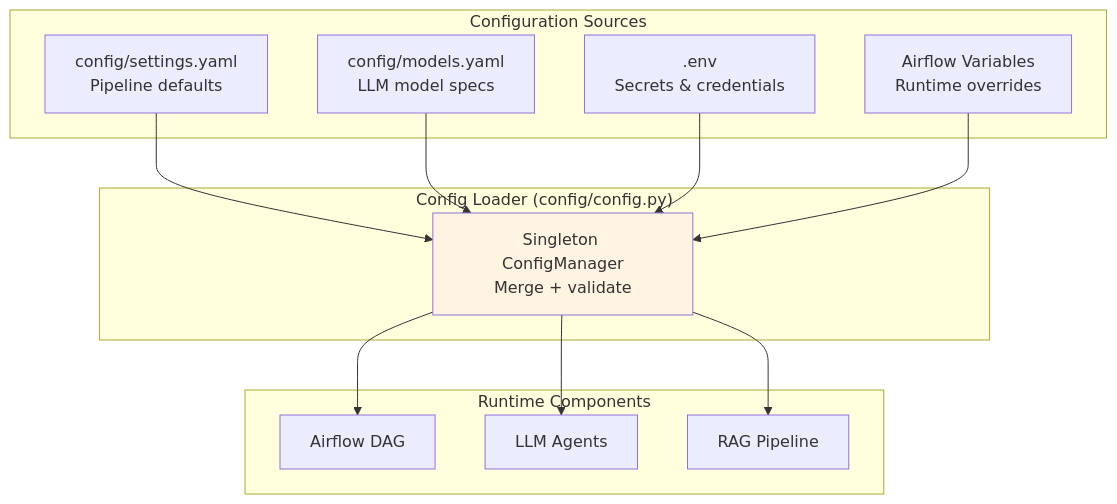
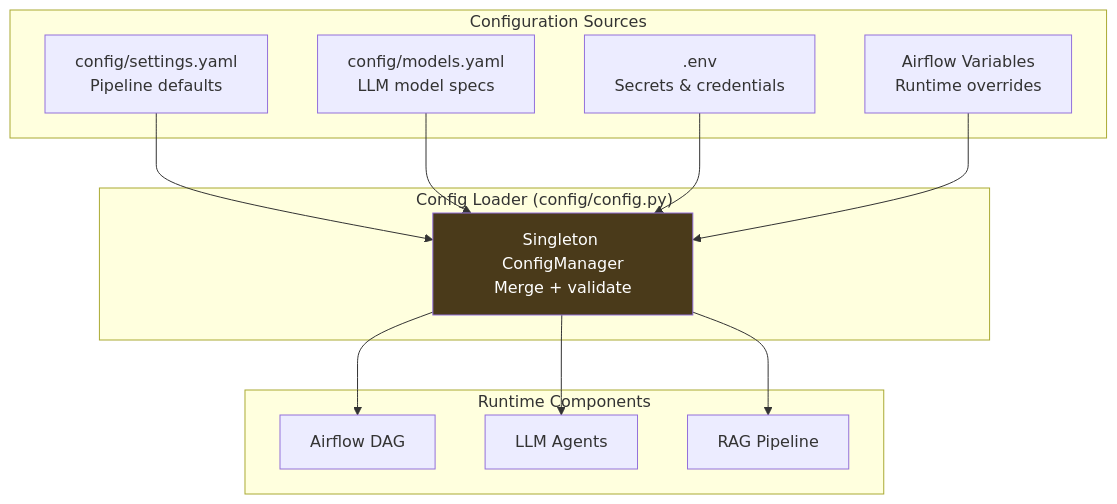
The eighth of 16 diagrams in README.md (nasim-raj-laskar/InfraMind), drawn with Mermaid before and after one commit. The commit also changed other lines of this file and 1 other file, not shown here.

````diff
--- a/README.md
+++ b/README.md
@@ -570,30 +540,30 @@
 ```mermaid
 graph TB
     subgraph "Configuration Sources"
         YAML["config/settings.yaml<br/>Pipeline defaults"]
         MODELS["config/models.yaml<br/>LLM model specs"]
         ENV[".env<br/>Secrets & credentials"]
         AIRFLOW_VARS["Airflow Variables<br/>Runtime overrides"]
     end
     
     subgraph "Config Loader (config/config.py)"
         LOADER["Singleton ConfigManager<br/>Merge + validate"]
     end
     
     subgraph "Runtime Components"
         DAG["Airflow DAG"]
         AGENTS["LLM Agents"]
         RAG["RAG Pipeline"]
     end
     
     YAML --> LOADER
     MODELS --> LOADER
     ENV --> LOADER
     AIRFLOW_VARS --> LOADER
     
     LOADER --> DAG
     LOADER --> AGENTS
     LOADER --> RAG
     
-    style LOADER fill:#fff4e1
+    style LOADER fill:#4a3a1a,color:#fff
 ```
````
